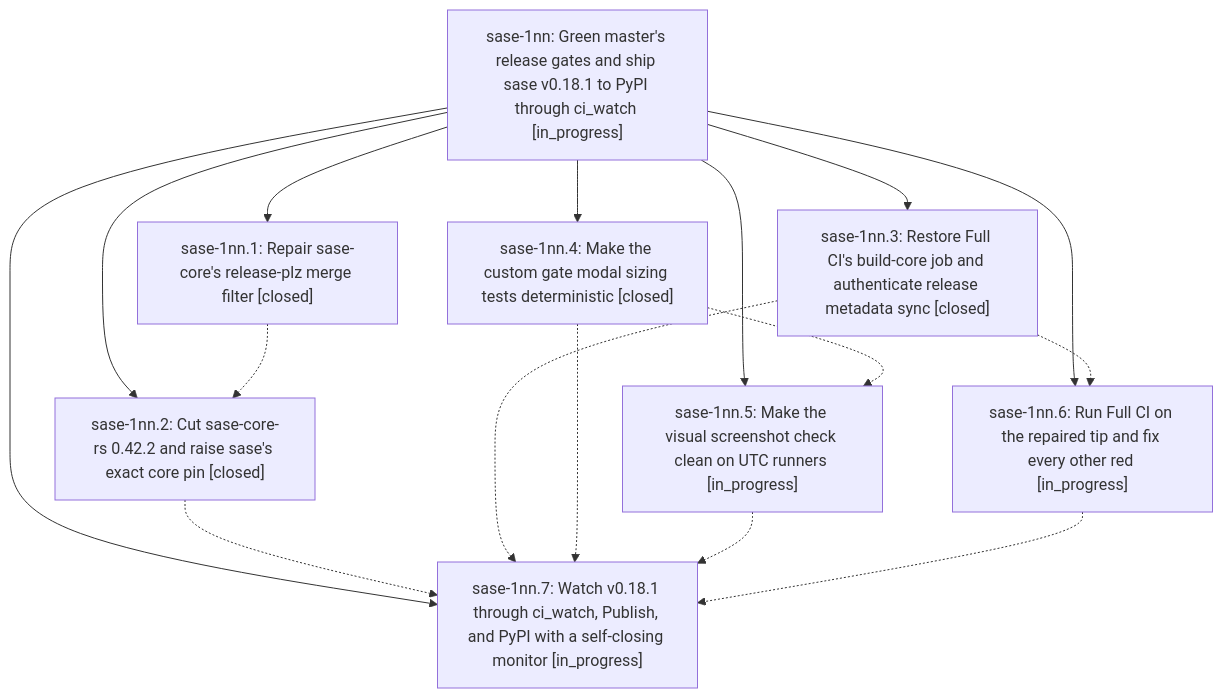
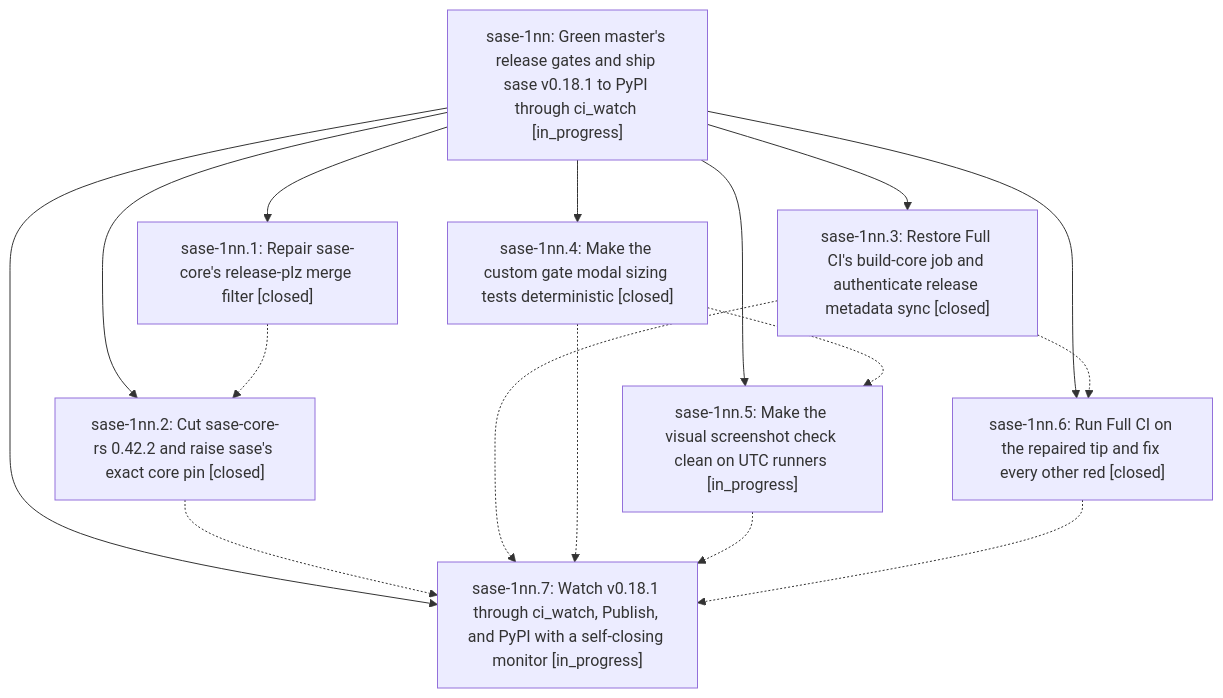
Before and after one commit to sase-org/sase--beads: the diagram in pages/sase-1nn/README.md, drawn with Mermaid. The commit also changed other lines of this file and 4 other files, not shown here.

````diff
--- a/pages/sase-1nn/README.md
+++ b/pages/sase-1nn/README.md
@@ -42,26 +42,26 @@
 ```mermaid
 flowchart TD
     n0["sase-1nn: Green master's release gates and ship sase v0.18.1 to PyPI through ci_watch [in_progress]"]
     n1["sase-1nn.1: Repair sase-core's release-plz merge filter [closed]"]
     n2["sase-1nn.2: Cut sase-core-rs 0.42.2 and raise sase's exact core pin [closed]"]
     n3["sase-1nn.3: Restore Full CI's build-core job and authenticate release metadata sync [closed]"]
     n4["sase-1nn.4: Make the custom gate modal sizing tests deterministic [closed]"]
     n5["sase-1nn.5: Make the visual screenshot check clean on UTC runners [in_progress]"]
-    n6["sase-1nn.6: Run Full CI on the repaired tip and fix every other red [in_progress]"]
+    n6["sase-1nn.6: Run Full CI on the repaired tip and fix every other red [closed]"]
     n7["sase-1nn.7: Watch v0.18.1 through ci_watch, Publish, and PyPI with a self-closing monitor [in_progress]"]
     n0 --> n1
     n0 --> n2
     n0 --> n3
     n0 --> n4
     n0 --> n5
     n0 --> n6
     n0 --> n7
     n1 -.-> n2
     n2 -.-> n7
     n3 -.-> n6
     n3 -.-> n7
     n4 -.-> n5
     n4 -.-> n7
     n5 -.-> n7
     n6 -.-> n7
 ```
````
